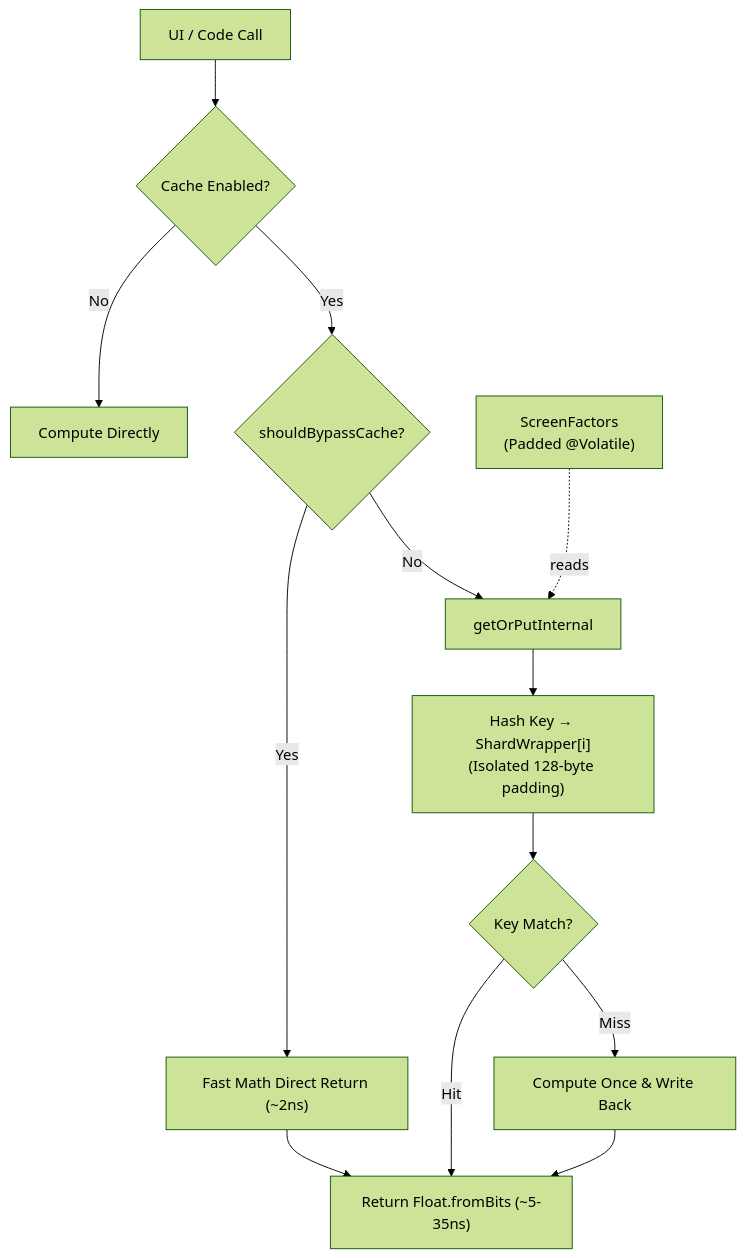
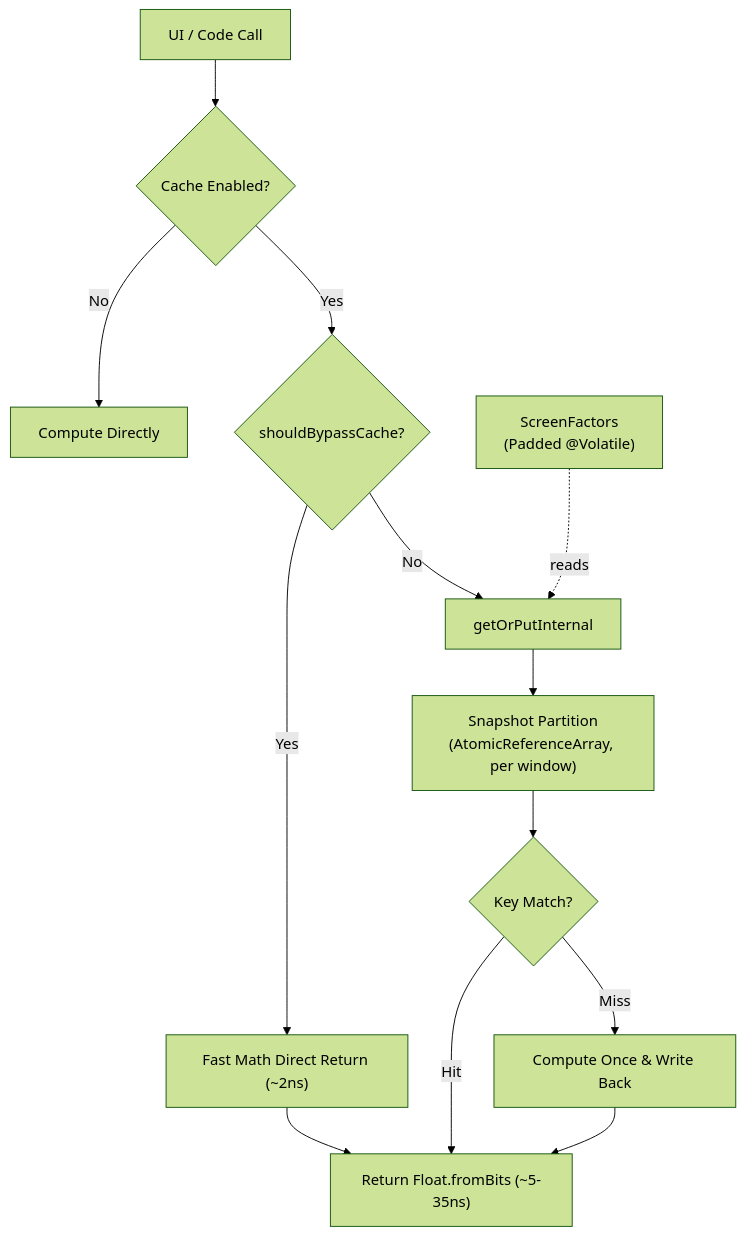
The diagram in PERFORMANCE-COMPARATIVE.md (bodenberg/appdimens-dynamic), drawn with Mermaid (forest theme) before and after one commit. The commit also changed other lines of this file and 107 other files, not shown here.

````diff
--- a/PERFORMANCE-COMPARATIVE.md
+++ b/PERFORMANCE-COMPARATIVE.md
@@ -203,15 +217,15 @@
 ```mermaid
 graph TD
     A[UI / Code Call] --> B{Cache Enabled?}
     B -- No --> Z[Compute Directly]
     B -- Yes --> C{shouldBypassCache?}
     C -- Yes --> D["Fast Math Direct Return (~2ns)"]
     C -- No --> E[getOrPutInternal]
-    E --> F["Hash Key → ShardWrapper[i]<br/>(Isolated 128-byte padding)"]
+    E --> F["Snapshot Partition<br/>(AtomicReferenceArray, per window)"]
     F --> G{Key Match?}
     G -- Hit --> H["Return Float.fromBits (~5-35ns)"]
     G -- Miss --> I[Compute Once & Write Back]
     I --> H
     D --> H
     J["ScreenFactors<br/>(Padded @Volatile)"] -.reads.-> E
 ```
````
